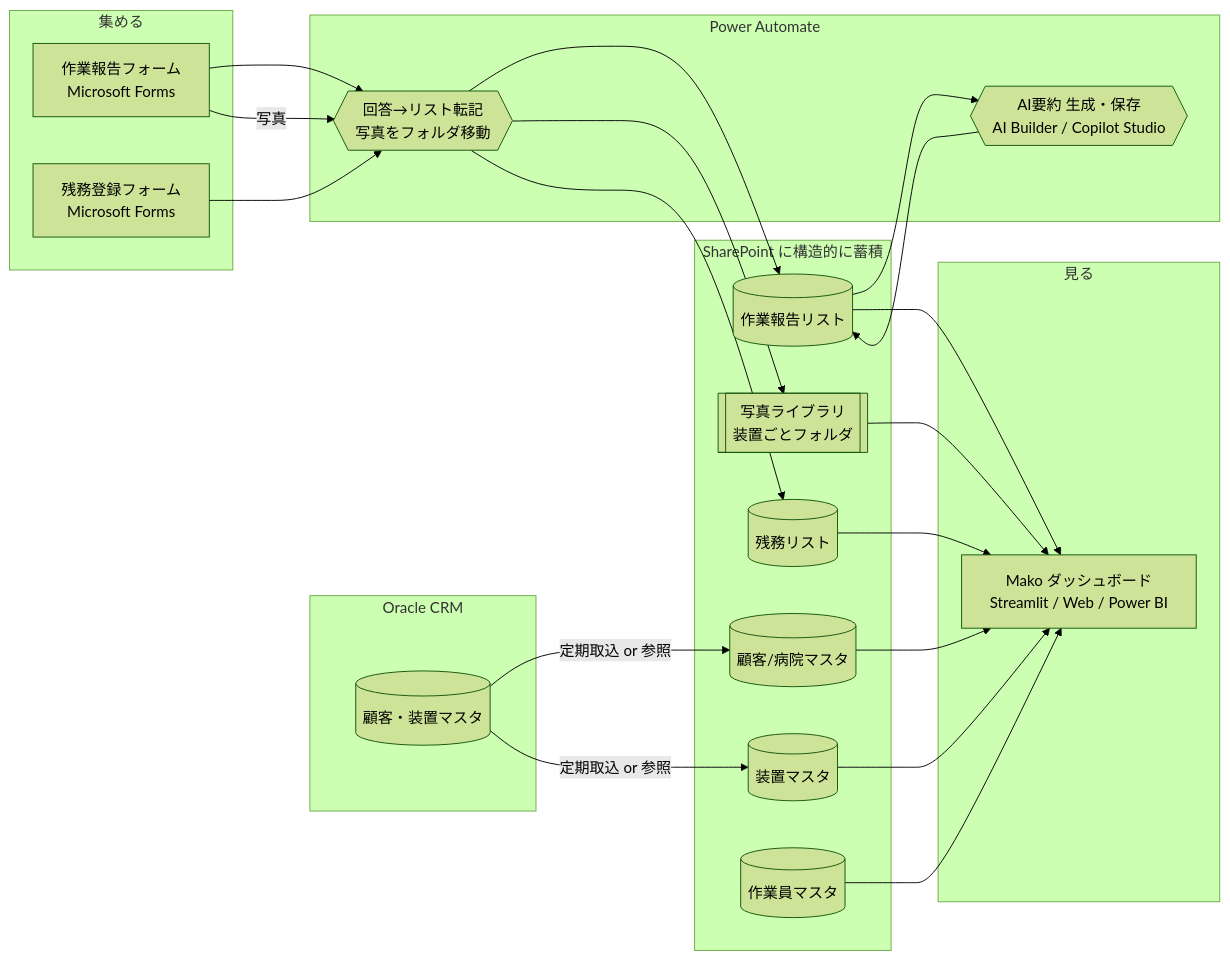
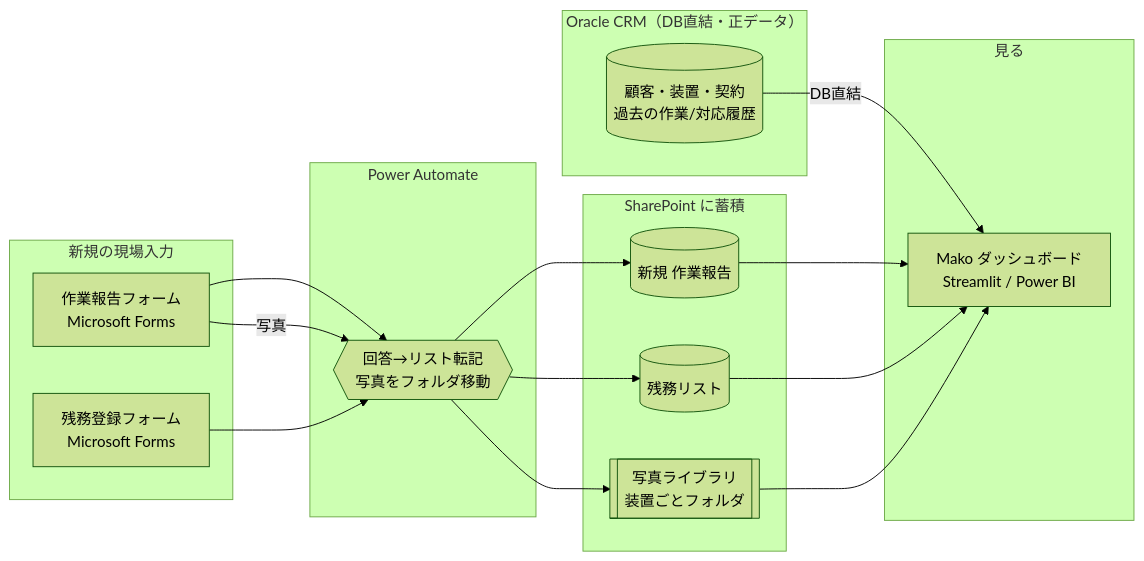
Before and after one commit to m0925k-ctrl/Mako: the diagram in docs/forms-and-flow.md, drawn with Mermaid (forest theme). The commit also changed other lines of this file and 4 other files, not shown here.

````diff
--- a/docs/forms-and-flow.md
+++ b/docs/forms-and-flow.md
@@ -13,33 +29,27 @@
 ```mermaid
 flowchart LR
-  subgraph CRM[Oracle CRM]
-    OR[(顧客・装置マスタ)]
+  subgraph CRM[Oracle CRM（DB直結・正データ）]
+    OR[(顧客・装置・契約\n過去の作業/対応履歴)]
   end
-  subgraph 集める
+  subgraph 集める[新規の現場入力]
     F1[作業報告フォーム\nMicrosoft Forms]
     F2[残務登録フォーム\nMicrosoft Forms]
   end
-  subgraph 貯める[SharePoint に構造的に蓄積]
-    L1[(作業報告リスト)]
+  subgraph 貯める[SharePoint に蓄積]
+    L1[(新規 作業報告)]
     L2[(残務リスト)]
     LIB[[写真ライブラリ\n装置ごとフォルダ]]
-    M1[(顧客/病院マスタ)]
-    M2[(装置マスタ)]
-    M3[(作業員マスタ)]
   end
   subgraph 整理[Power Automate]
     PA1{{回答→リスト転記\n写真をフォルダ移動}}
-    PA2{{AI要約 生成・保存\nAI Builder / Copilot Studio}}
   end
   subgraph 見る
-    D1[Mako ダッシュボード\nStreamlit / Web / Power BI]
+    D1[Mako ダッシュボード\nStreamlit / Power BI]
   end
 
-  OR -->|定期取込 or 参照| M1 & M2
   F1 --> PA1 --> L1
   F1 -->|写真| PA1 --> LIB
   F2 --> PA1 --> L2
-  L1 --> PA2 --> L1
-  M1 & M2 & M3 --> D1
+  OR -->|DB直結| D1
   L1 & L2 & LIB --> D1
 ```
````
